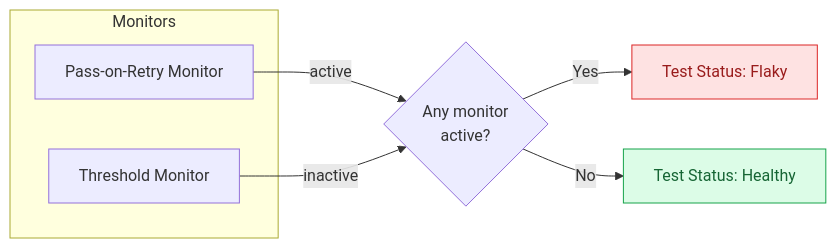
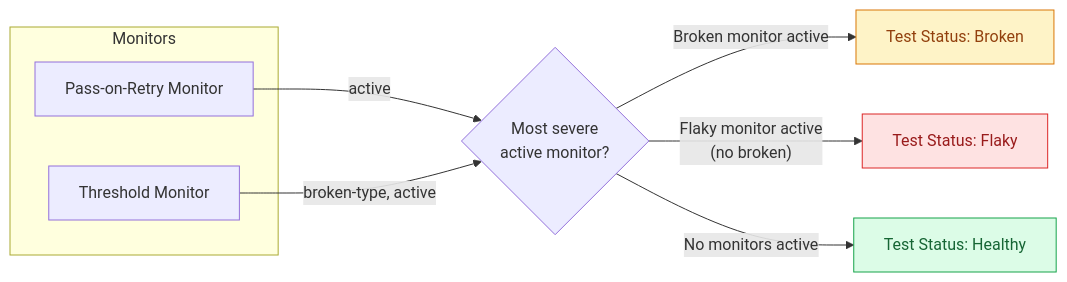
Before and after one commit to trunk-io/docs: the first of 2 diagrams in flaky-tests/detection/README.md, drawn with Mermaid. The commit also changed other lines of this file and 7 other files, not shown here.

Commit message:
broken monitor docs (#511)

````diff
--- a/flaky-tests/detection/README.md
+++ b/flaky-tests/detection/README.md
@@ -24,16 +42,18 @@
 ```mermaid
 graph LR
     subgraph Monitors
         POR[Pass-on-Retry Monitor]
         TH[Threshold Monitor]
     end
 
-    POR -- "active" --> OR{Any monitor\nactive?}
-    TH -- "inactive" --> OR
+    POR -- "active" --> SEV{"Most severe\nactive monitor?"}
+    TH -- "broken-type, active" --> SEV
 
-    OR -- "Yes" --> FLAKY["Test Status: Flaky"]
-    OR -- "No" --> HEALTHY["Test Status: Healthy"]
+    SEV -- "Broken monitor active" --> BROKEN["Test Status: Broken"]
+    SEV -- "Flaky monitor active\n(no broken)" --> FLAKY["Test Status: Flaky"]
+    SEV -- "No monitors active" --> HEALTHY["Test Status: Healthy"]
 
+    style BROKEN fill:#fef3c7,stroke:#d97706,color:#92400e
     style FLAKY fill:#fee2e2,stroke:#dc2626,color:#991b1b
     style HEALTHY fill:#dcfce7,stroke:#16a34a,color:#166534
 ```
````
